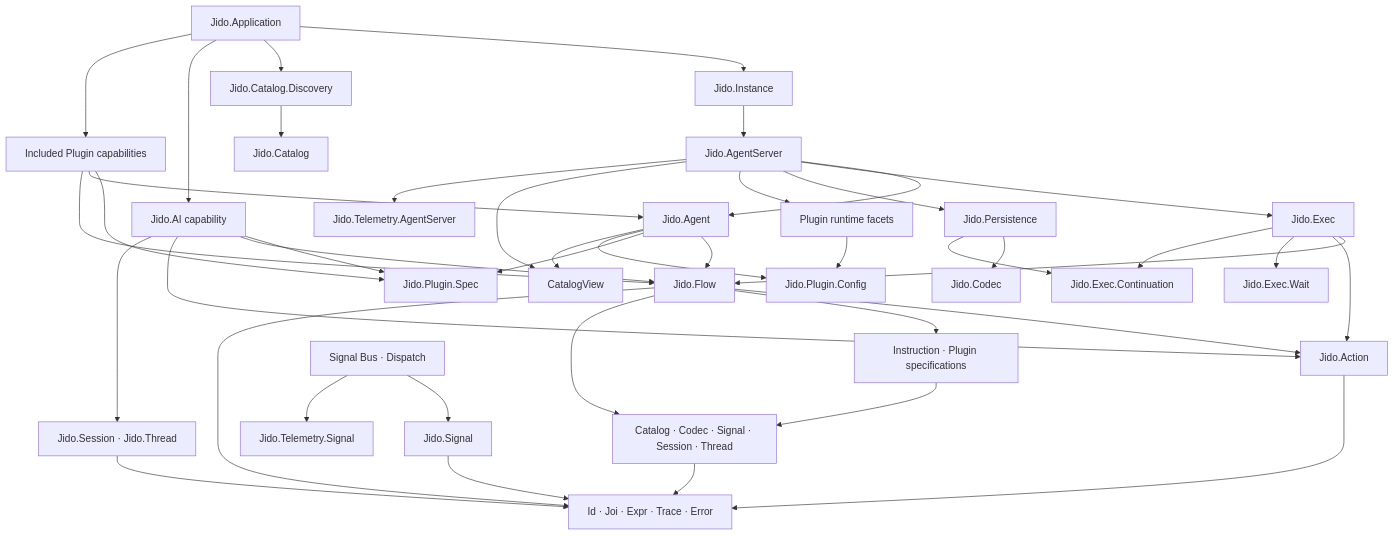
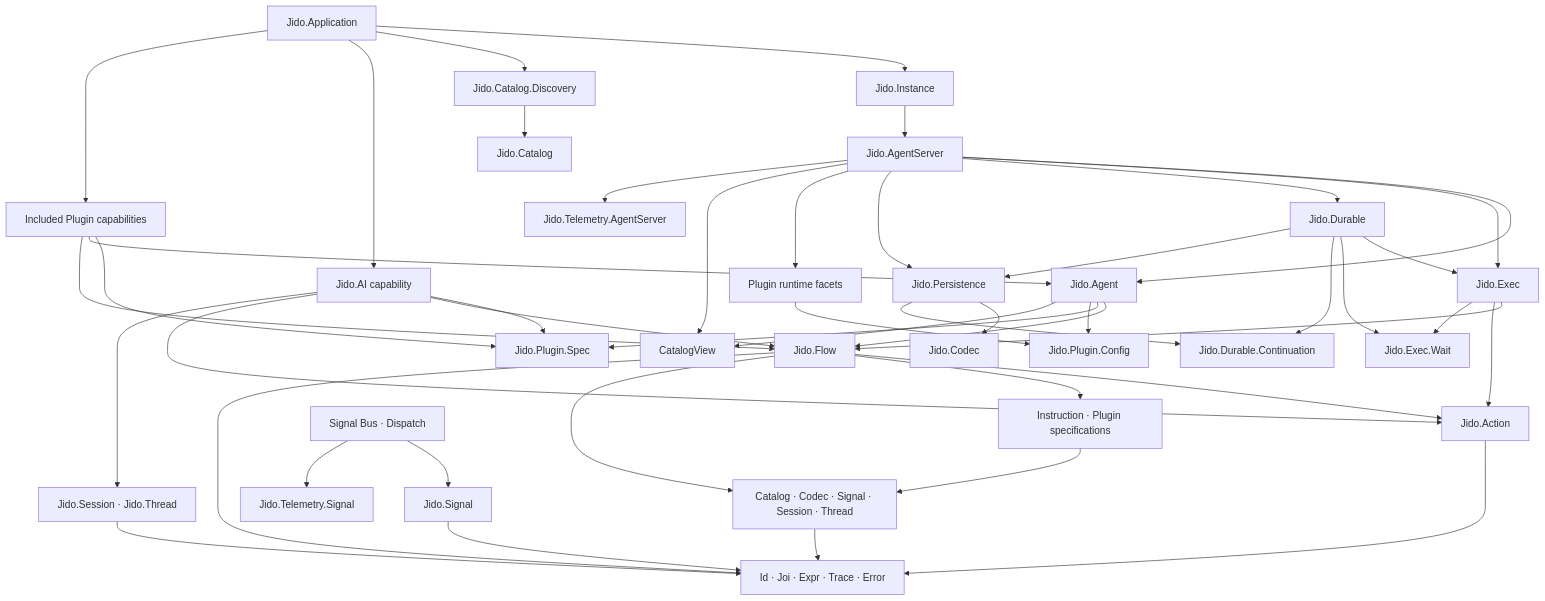
The diagram in docs/architecture/module-dependency-map.md (agentjido/jido), drawn with Mermaid before and after one commit. The commit also changed other lines of this file and 51 other files, not shown here.

Commit message:
feat: add host-neutral durable flow execution

````diff
--- a/docs/architecture/module-dependency-map.md
+++ b/docs/architecture/module-dependency-map.md
@@ -377,55 +377,60 @@
 ```mermaid
 flowchart TD
   App["Jido.Application"] --> Instance["Jido.Instance"]
   App --> CatalogDiscovery["Jido.Catalog.Discovery"]
   App --> AI["Jido.AI capability"]
   App --> Included["Included Plugin capabilities"]
 
   CatalogDiscovery --> Catalog["Jido.Catalog"]
 
   Instance --> Server["Jido.AgentServer"]
   Server --> Agent["Jido.Agent"]
   Server --> Exec["Jido.Exec"]
+  Server --> Durable["Jido.Durable"]
   Server --> Persistence["Jido.Persistence"]
   Server --> PluginRuntime["Plugin runtime facets"]
   Server --> CatalogView
   Server --> RuntimeEvents["Jido.Telemetry.AgentServer"]
 
   AI --> PluginSpec["Jido.Plugin.Spec"]
   AI --> Flow["Jido.Flow"]
   AI --> Action["Jido.Action"]
   AI --> Session["Jido.Session · Jido.Thread"]
 
   Included --> PluginSpec
   Included --> Agent
   Included --> Flow
 
   Agent --> Flow
   Agent --> PluginSpec
   Agent --> PluginConfig["Jido.Plugin.Config"]
   Agent --> CatalogView
 
   PluginRuntime --> PluginConfig
 
   Exec --> Flow
   Exec --> Action
   Exec --> Wait["Jido.Exec.Wait"]
-  Exec --> Continuation["Jido.Exec.Continuation"]
+
+  Durable --> Exec
+  Durable --> Wait
+  Durable --> Continuation["Jido.Durable.Continuation"]
+  Durable --> Persistence
 
   Persistence --> Codec["Jido.Codec"]
   Persistence --> Continuation
 
   Flow --> Action
   Flow --> Definitions["Instruction · Plugin specifications"]
   Flow --> ValueModel["Catalog · Codec · Signal · Session · Thread"]
   Flow --> Primitives["Id · Joi · Expr · Trace · Error"]
 
   Action --> Primitives
   Session --> Primitives
   Definitions --> ValueModel
   ValueModel --> Primitives
 
   SignalRuntime["Signal Bus · Dispatch"] --> Signal["Jido.Signal"]
   SignalRuntime --> SignalEvents["Jido.Telemetry.Signal"]
   Signal --> Primitives
 ```
````
